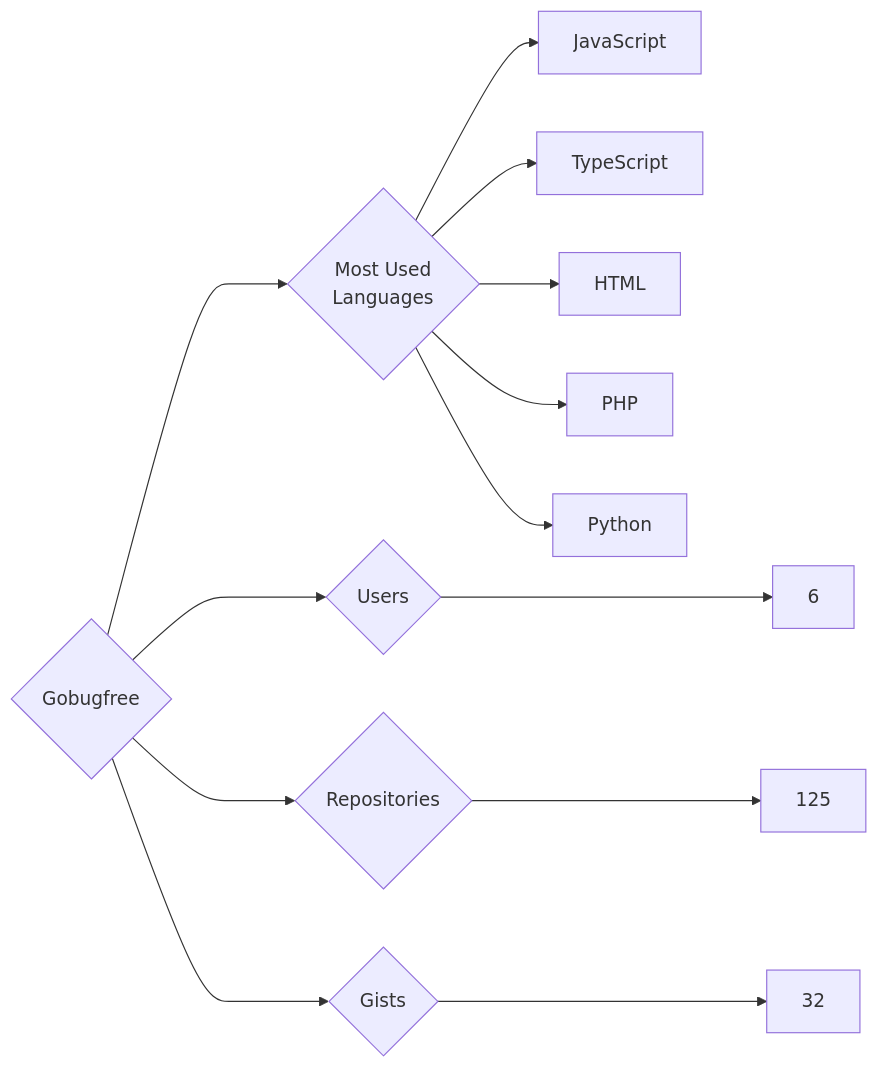
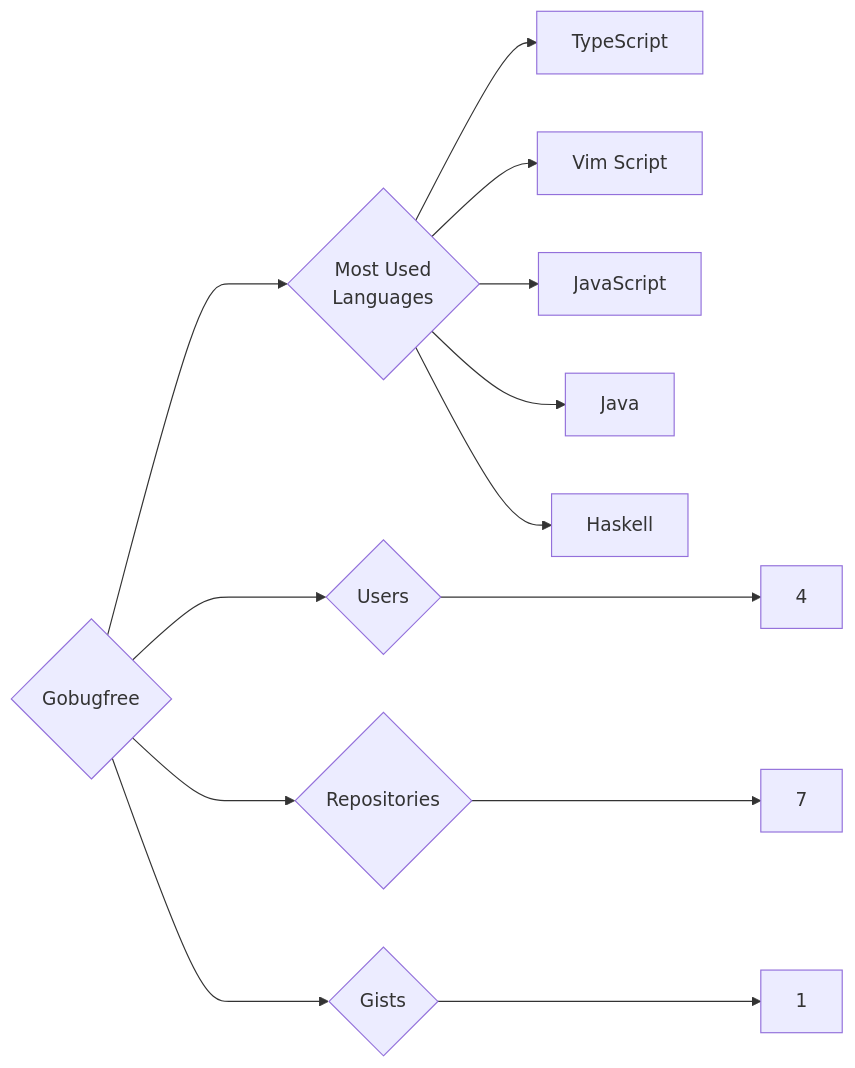
Before and after one commit to trickest/insiders: the diagram in targets/Gobugfree/README.md, drawn with Mermaid. The commit also changed 783 other files, not shown here.

````diff
--- a/targets/Gobugfree/README.md
+++ b/targets/Gobugfree/README.md
@@ -3,13 +3,13 @@
 ```mermaid
 graph LR
 COMPANY_NAME{Gobugfree}
-COMPANY_NAME ---> U{Users} ---> UN[6]
-COMPANY_NAME ---> R{Repositories} ---> RN[125]
-COMPANY_NAME ---> G{Gists} ---> GN[32]
+COMPANY_NAME ---> U{Users} ---> UN[4]
+COMPANY_NAME ---> R{Repositories} ---> RN[7]
+COMPANY_NAME ---> G{Gists} ---> GN[1]
 COMPANY_NAME ---> ML{Most Used<br>Languages}
+ML --> TypeScript[TypeScript]
+ML --> Vim_Script[Vim Script]
 ML --> JavaScript[JavaScript]
-ML --> TypeScript[TypeScript]
-ML --> HTML[HTML]
-ML --> PHP[PHP]
-ML --> Python[Python]
+ML --> Java[Java]
+ML --> Haskell[Haskell]
 ```
````
